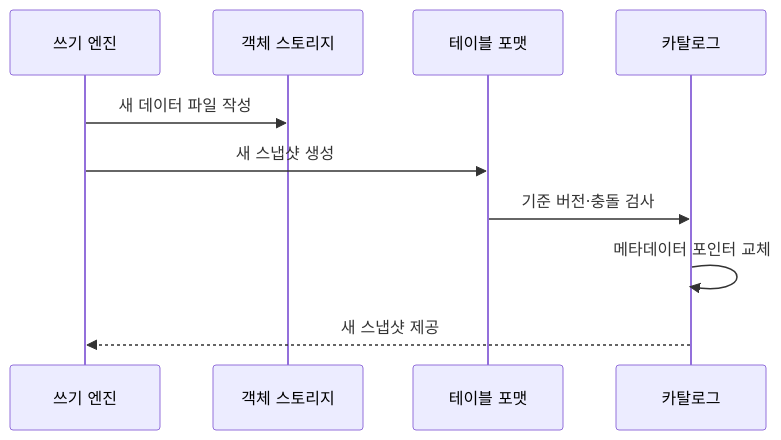
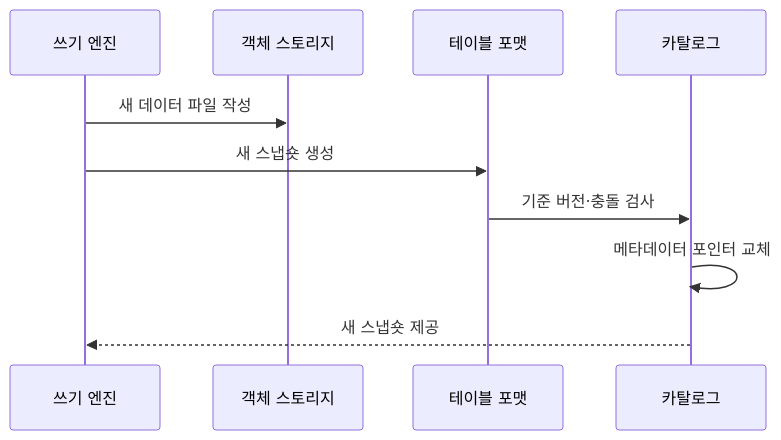
The second of 2 diagrams in src/content/docs/notes/03-software/126_data_lakehouse.md (agnusdei1207/knowledge-base), drawn with Mermaid before and after one commit. The commit also changed other lines of this file and 7 other files, not shown here.

````diff
--- a/src/content/docs/notes/03-software/126_data_lakehouse.md
+++ b/src/content/docs/notes/03-software/126_data_lakehouse.md
@@ -81,12 +80,12 @@
 ```mermaid
 sequenceDiagram
     participant E as 쓰기 엔진
     participant O as 객체 스토리지
     participant T as 테이블 포맷
     participant C as 카탈로그
     E->>O: 새 데이터 파일 작성
-    E->>T: 새 스냅샷 생성
+    E->>T: 새 스냅숏 생성
     T->>C: 기준 버전·충돌 검사
     C->>C: 메타데이터 포인터 교체
-    C-->>E: 새 스냅샷 제공
+    C-->>E: 새 스냅숏 제공
 ```
````
